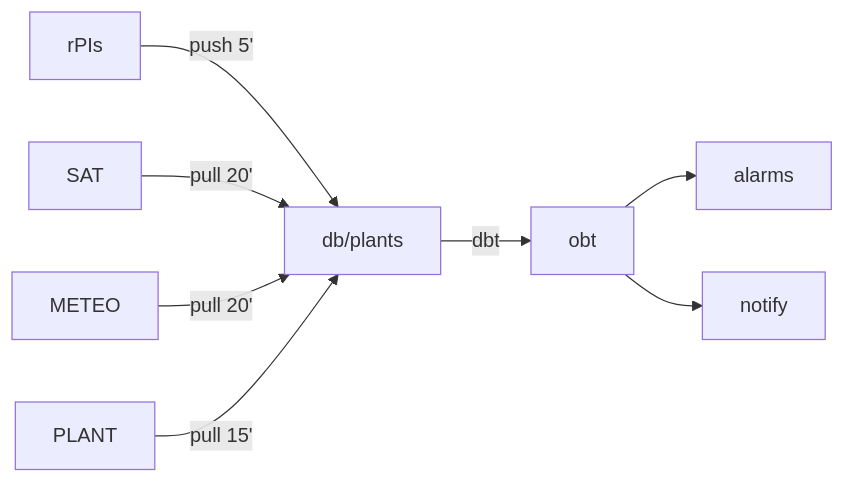
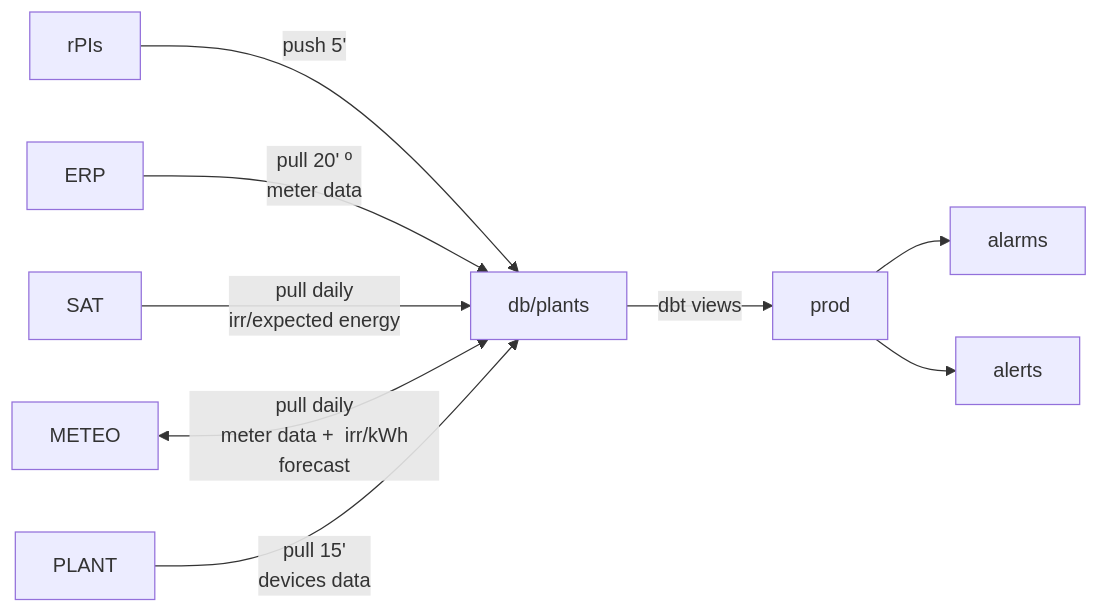
The first of 2 diagrams in docs/desenvolupadors/2023-06-10-overview-devs.md (Som-Energia/somenergia-jardiner), drawn with Mermaid before and after one commit. The commit also changed other lines of this file and 1 other file, not shown here.

````diff
--- a/docs/desenvolupadors/2023-06-10-overview-devs.md
+++ b/docs/desenvolupadors/2023-06-10-overview-devs.md
@@ -41,11 +43,12 @@
 ```mermaid
 flowchart LR
 
 rPIs -- push 5'  --> dw[db/plants]
-SAT -- pull 20' --> dw
-METEO -- pull 20' --> dw
-PLANT -- pull 15' --> dw
+ERP -- pull 20' º\n meter data --> dw
+SAT -- pull daily\n irr/expected energy --> dw
+METEO <-- pull daily\n meter data +  irr/kWh forecast --> dw
+PLANT -- pull 15'\n devices data --> dw
 
-dw -- dbt --> obt --> alarms
-obt --> notify
+dw -- dbt views --> prod --> alarms
+prod --> alerts
 ```
````
